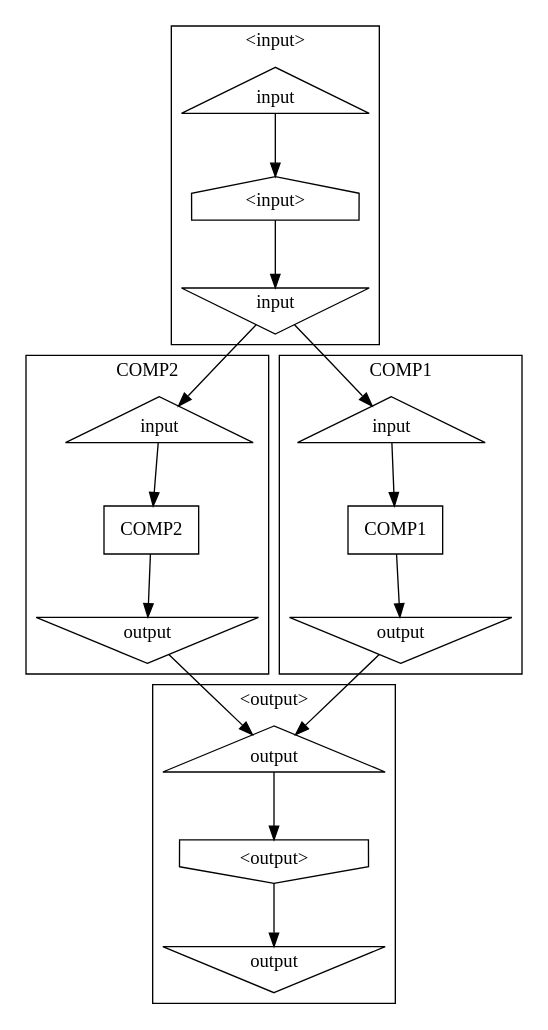
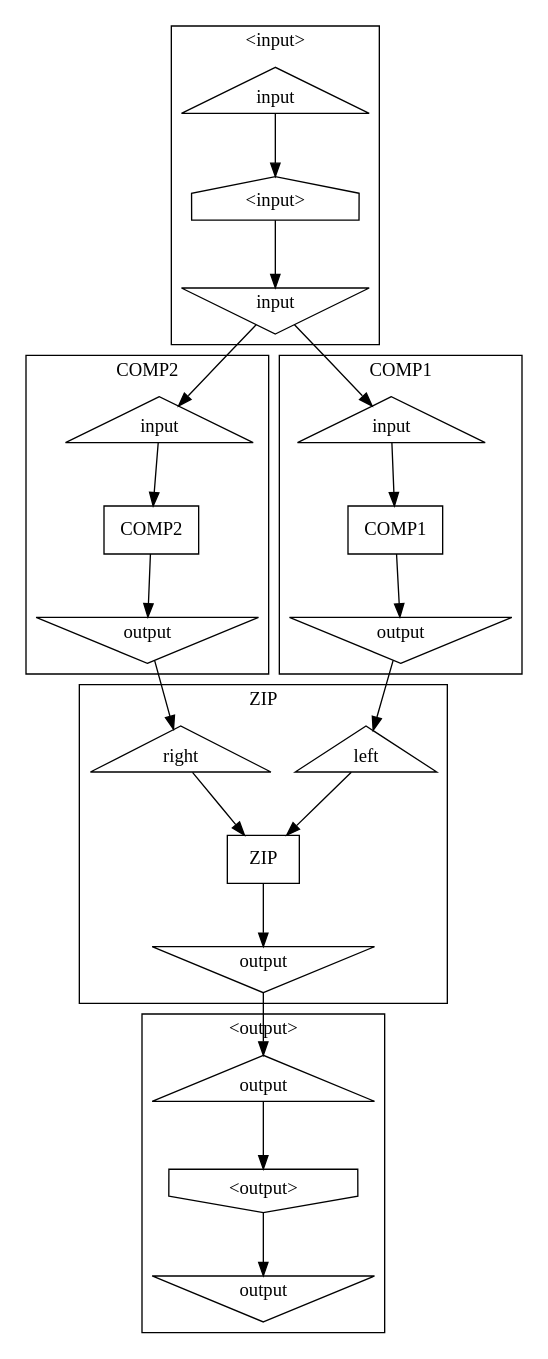
One commit to candlecorp/wick changed the diagram in crates/vino/vino-schematic-graph/sample.dot. Above: the diagram before and after it, drawn with Graphviz. The commit also changed 11 other files, not shown here.

```diff
--- a/crates/vino/vino-schematic-graph/sample.dot
+++ b/crates/vino/vino-schematic-graph/sample.dot
@@ -1,62 +1,79 @@
 digraph "spread-io" {
 subgraph "cluster_<input>" {
 label="<input>"
 "<input>"[shape="house"]
 "<input>.IN.input" -> "<input>"
 subgraph "<input>.IN" {
 "<input>.IN.input"[label="input", shape="triangle"]
 }
 
 "<input>" -> "<input>.OUT.input"
 subgraph "<input>.OUT" {
 "<input>.OUT.input"[label="input", shape="invtriangle"]
 }
 
 }
 subgraph "cluster_<output>" {
 label="<output>"
 "<output>"[shape="invhouse"]
 "<output>.IN.output" -> "<output>"
 subgraph "<output>.IN" {
 "<output>.IN.output"[label="output", shape="triangle"]
 }
 
 "<output>" -> "<output>.OUT.output"
 subgraph "<output>.OUT" {
 "<output>.OUT.output"[label="output", shape="invtriangle"]
+}
+
+}
+subgraph "cluster_ZIP" {
+label="ZIP"
+"ZIP"[shape="rectangle"]
+"ZIP.IN.left" -> "ZIP"
+"ZIP.IN.right" -> "ZIP"
+subgraph "ZIP.IN" {
+"ZIP.IN.left"[label="left", shape="triangle"]
+"ZIP.IN.right"[label="right", shape="triangle"]
+}
+
+"ZIP" -> "ZIP.OUT.output"
+subgraph "ZIP.OUT" {
+"ZIP.OUT.output"[label="output", shape="invtriangle"]
 }
 
 }
 subgraph "cluster_COMP2" {
 label="COMP2"
 "COMP2"[shape="rectangle"]
 "COMP2.IN.input" -> "COMP2"
 subgraph "COMP2.IN" {
 "COMP2.IN.input"[label="input", shape="triangle"]
 }
 
 "COMP2" -> "COMP2.OUT.output"
 subgraph "COMP2.OUT" {
 "COMP2.OUT.output"[label="output", shape="invtriangle"]
 }
 
 }
 subgraph "cluster_COMP1" {
 label="COMP1"
 "COMP1"[shape="rectangle"]
 "COMP1.IN.input" -> "COMP1"
 subgraph "COMP1.IN" {
 "COMP1.IN.input"[label="input", shape="triangle"]
 }
 
 "COMP1" -> "COMP1.OUT.output"
 subgraph "COMP1.OUT" {
 "COMP1.OUT.output"[label="output", shape="invtriangle"]
 }
 
 }
 "<input>.OUT.input" -> "COMP1.IN.input"
 "<input>.OUT.input" -> "COMP2.IN.input"
-"COMP1.OUT.output" -> "<output>.IN.output"
-"COMP2.OUT.output" -> "<output>.IN.output"
+"COMP1.OUT.output" -> "ZIP.IN.left"
+"COMP2.OUT.output" -> "ZIP.IN.right"
+"ZIP.OUT.output" -> "<output>.IN.output"
 }
```
